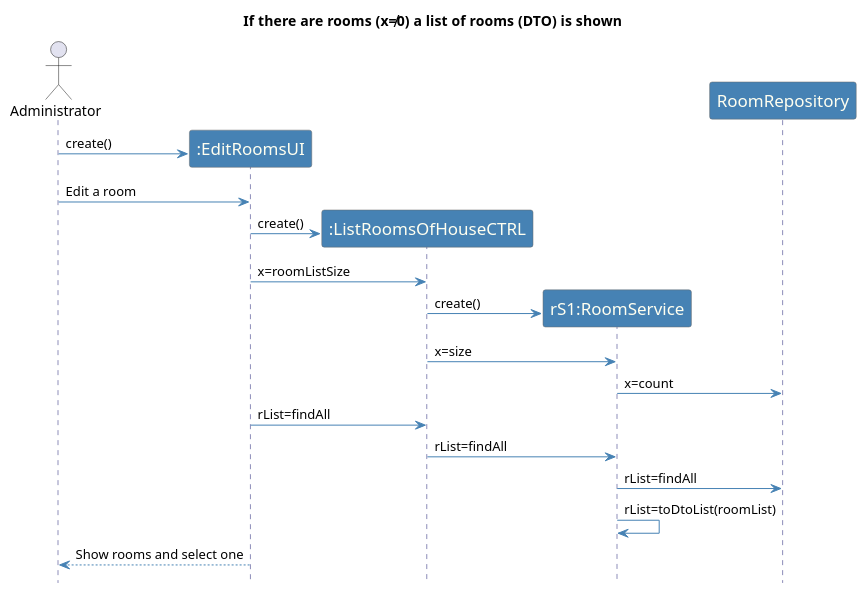
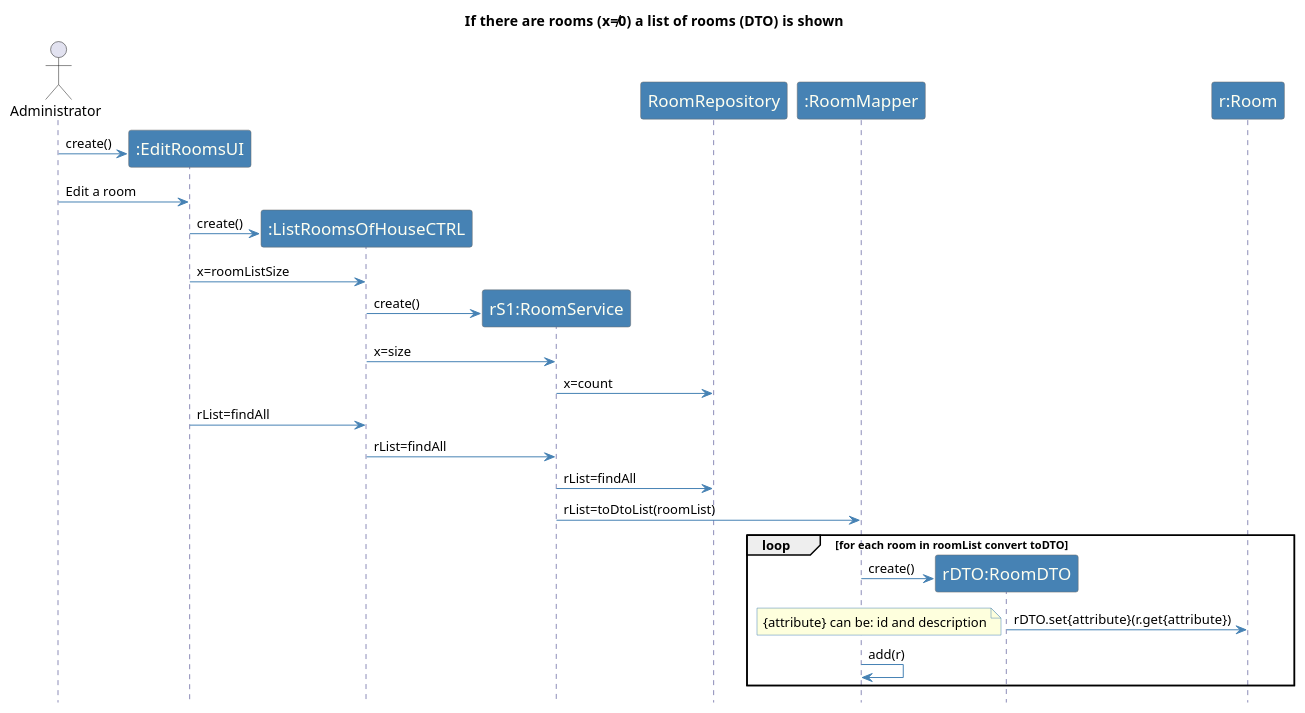
Before and after one commit to emanuel-pereira/hou: the diagram in src/main/java/smarthome/controller/sequenceDiagrams/sd_EditRoomRef1.puml, drawn with PlantUML. The commit also changed 2 other files, not shown here.

Commit message:
US109: update sequence diagrams (more detailed DTO connections). Ref #249

```diff
--- a/src/main/java/smarthome/controller/sequenceDiagrams/sd_EditRoomRef1.puml
+++ b/src/main/java/smarthome/controller/sequenceDiagrams/sd_EditRoomRef1.puml
@@ -1,46 +1,56 @@
 @startuml
 hidefootbox
 title If there are rooms (x≠0) a list of rooms (DTO) is shown
 
 actor Administrator
 
 skinparam sequence {
 	ArrowColor SteelBlue
 	ActorBorderColor Dimgray
 	LifeLineBorderColor MidnightBlue
 	LifeLineBackgroundColor #A9DCDF
 
 	ParticipantBorderColor Dimgray
 	ParticipantBackgroundColor SteelBlue
 	ParticipantFontName Calibri Bold
 	ParticipantFontSize 17
 	ParticipantFontColor Ivory
 
 	ActorBackgroundColor SteelBlue
 	ActorFontColor MidnightBlue
 	ActorFontSize 17
 	ActorFontName Aapex
 
 }
 
 skinparam note {
 BorderColor SteelBlue
 }
 
 create ":EditRoomsUI"
 Administrator -> ":EditRoomsUI": create()
 Administrator -> ":EditRoomsUI":Edit a room
 create ":ListRoomsOfHouseCTRL"
 ":EditRoomsUI" -> ":ListRoomsOfHouseCTRL": create()
 ":EditRoomsUI" -> ":ListRoomsOfHouseCTRL": x=roomListSize
 create "rS1:RoomService"
 ":ListRoomsOfHouseCTRL" -> "rS1:RoomService": create()
 ":ListRoomsOfHouseCTRL" -> "rS1:RoomService": x=size
 "rS1:RoomService" -> RoomRepository: x=count
 ":EditRoomsUI" -> ":ListRoomsOfHouseCTRL": rList=findAll
 ":ListRoomsOfHouseCTRL" -> "rS1:RoomService": rList=findAll
 "rS1:RoomService" -> RoomRepository: rList=findAll
-"rS1:RoomService" -> "rS1:RoomService": rList=toDtoList(roomList)
-Administrator <-- ":EditRoomsUI": Show rooms and select one
+"rS1:RoomService" -> ":RoomMapper": rList=toDtoList(roomList)
+loop for each room in roomList convert toDTO
+create "rDTO:RoomDTO"
+":RoomMapper" -> "rDTO:RoomDTO": create()
+"rDTO:RoomDTO" -> "r:Room": rDTO.set{attribute}(r.get{attribute})
+note left
+{attribute} can be: id and description
+    end note
+":RoomMapper"-> ":RoomMapper":add(r)
+end
+
+
 
 @enduml
```
